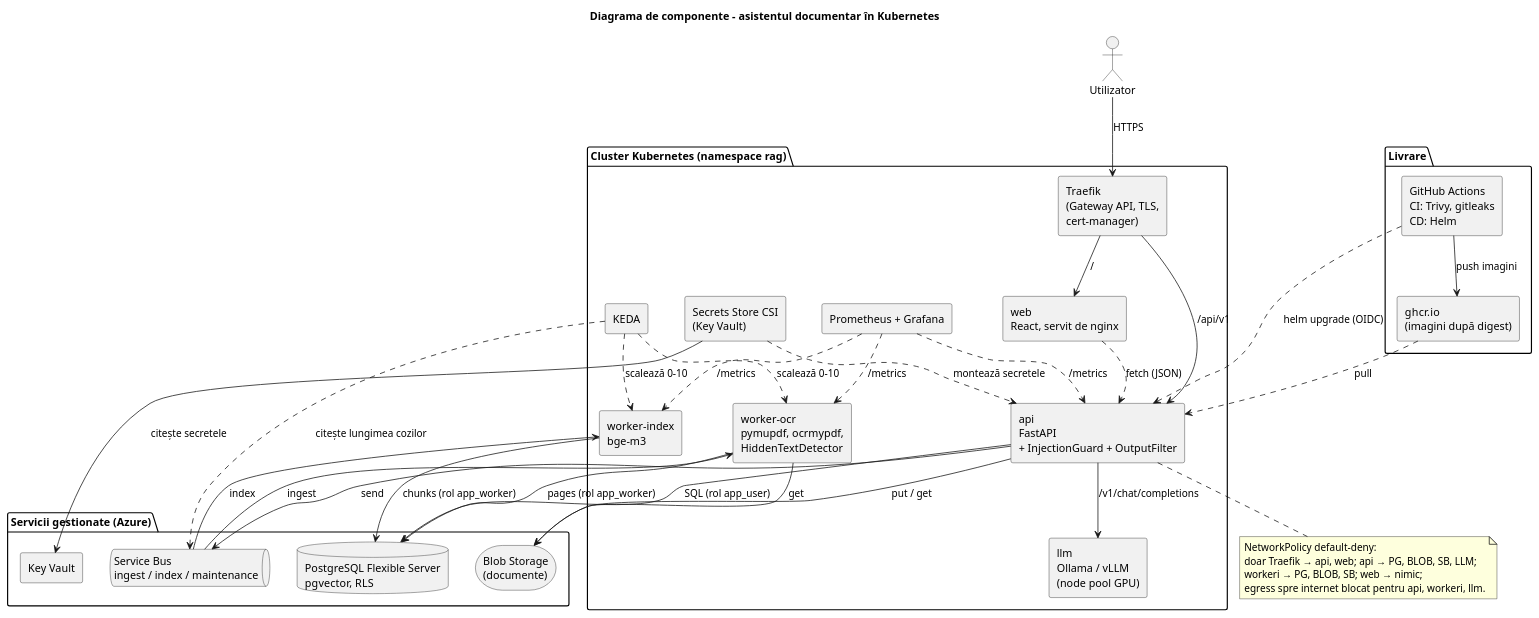
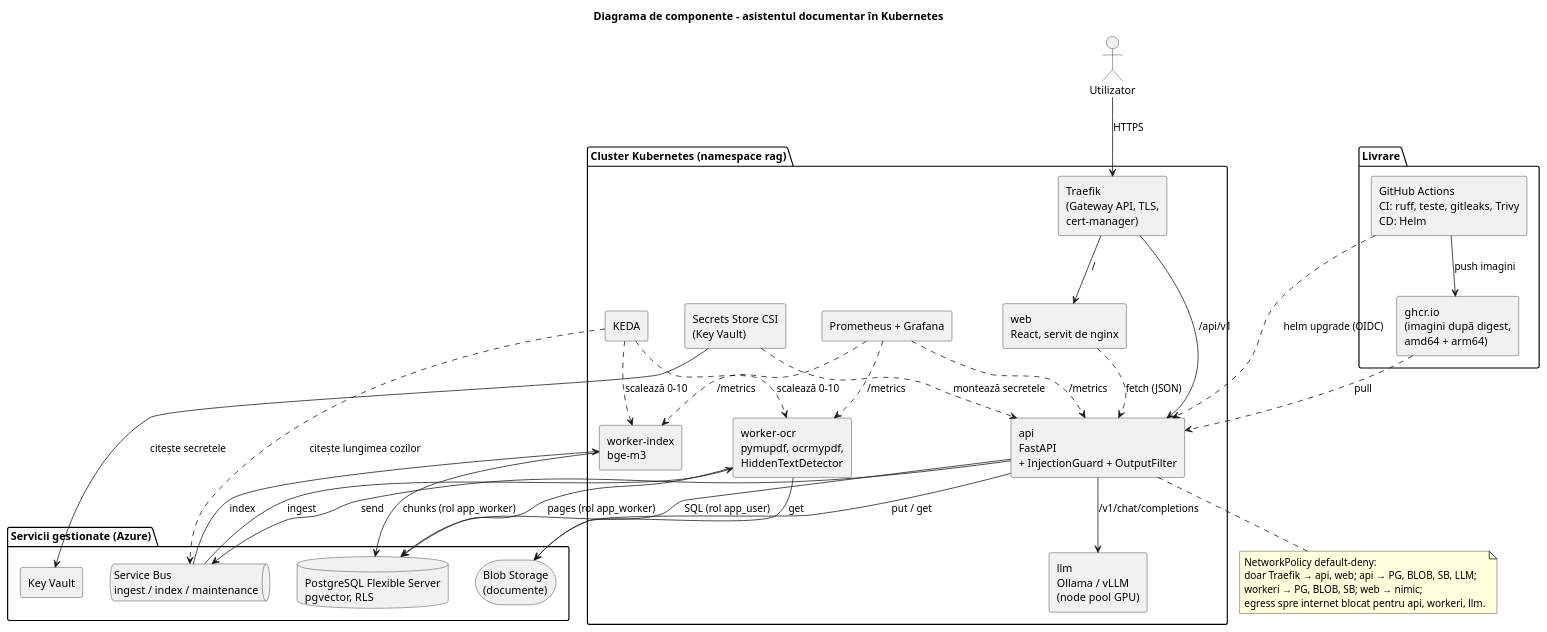
Before and after one commit to isaiagabriel-personal/rag-secure-k8s: the diagram in docs/uml/14-componente.puml, drawn with PlantUML. The commit also changed 3 other files, not shown here.

Commit message:
helm: imaginea api din ghcr.io, tag obligatoriu la instalare; uml la zi

```diff
--- a/docs/uml/14-componente.puml
+++ b/docs/uml/14-componente.puml
@@ -1,64 +1,64 @@
 @startuml 14-componente
 title Diagrama de componente – asistentul documentar în Kubernetes
 skinparam defaultFontName Arial
 skinparam shadowing false
 skinparam componentStyle rectangle
 
 actor "Utilizator" as U
 
 package "Cluster Kubernetes (namespace rag)" {
   [Traefik\n(Gateway API, TLS,\ncert-manager)] as ING
   [web\nReact, servit de nginx] as WEB
   [api\nFastAPI\n+ InjectionGuard + OutputFilter] as API
   [worker-ocr\npymupdf, ocrmypdf,\nHiddenTextDetector] as OCR
   [worker-index\nbge-m3] as IDX
   [llm\nOllama / vLLM\n(node pool GPU)] as LLM
   [KEDA] as KEDA
   [Prometheus + Grafana] as MON
   [Secrets Store CSI\n(Key Vault)] as CSI
 }
 
 package "Servicii gestionate (Azure)" {
   database "PostgreSQL Flexible Server\npgvector, RLS" as PG
   storage "Blob Storage\n(documente)" as BLOB
   queue "Service Bus\ningest / index / maintenance" as SB
   [Key Vault] as KV
 }
 
 package "Livrare" {
-  [GitHub Actions\nCI: Trivy, gitleaks\nCD: Helm] as GHA
-  [ghcr.io\n(imagini după digest)] as REG
+  [GitHub Actions\nCI: ruff, teste, gitleaks, Trivy\nCD: Helm] as GHA
+  [ghcr.io\n(imagini după digest,\namd64 + arm64)] as REG
 }
 
 U --> ING : HTTPS
 ING --> WEB : /
 ING --> API : /api/v1
 WEB ..> API : fetch (JSON)
 API --> PG : SQL (rol app_user)
 API --> BLOB : put / get
 API --> SB : send
 API --> LLM : /v1/chat/completions
 SB --> OCR : ingest
 SB --> IDX : index
 OCR --> BLOB : get
 OCR --> PG : pages (rol app_worker)
 IDX --> PG : chunks (rol app_worker)
 KEDA ..> SB : citește lungimea cozilor
 KEDA ..> OCR : scalează 0–10
 KEDA ..> IDX : scalează 0–10
 CSI --> KV : citește secretele
 CSI ..> API : montează secretele
 MON ..> API : /metrics
 MON ..> OCR : /metrics
 MON ..> IDX : /metrics
 GHA --> REG : push imagini
 GHA ..> API : helm upgrade (OIDC)
 REG ..> API : pull
 
 note bottom of API
   NetworkPolicy default-deny:
   doar Traefik → api, web; api → PG, BLOB, SB, LLM;
   workeri → PG, BLOB, SB; web → nimic;
   egress spre internet blocat pentru api, workeri, llm.
 end note
 @enduml
```
